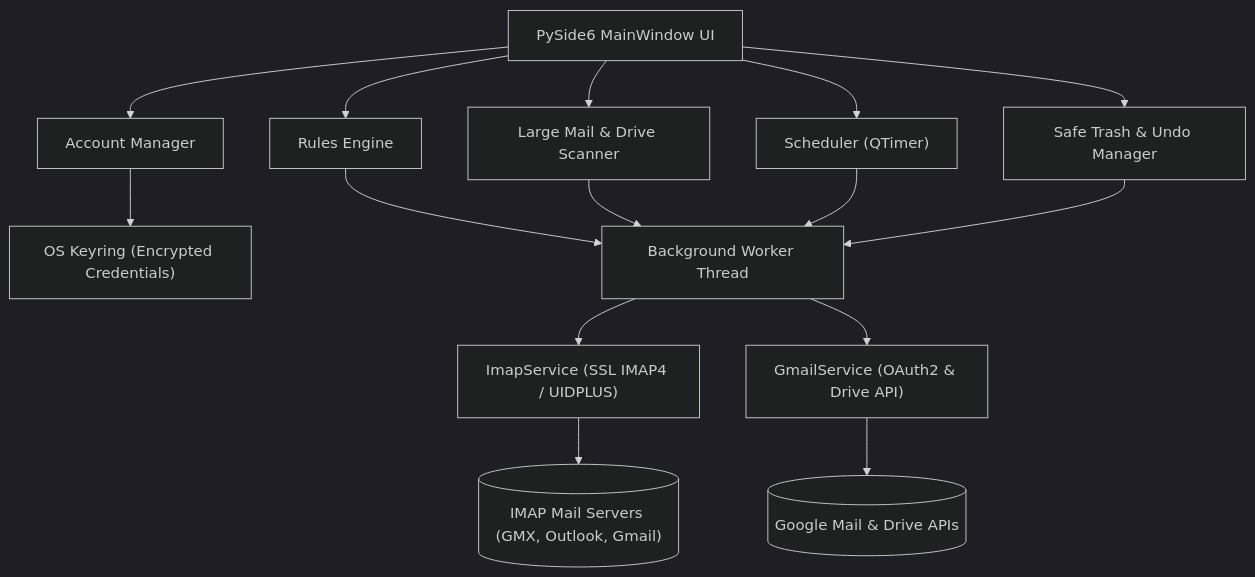
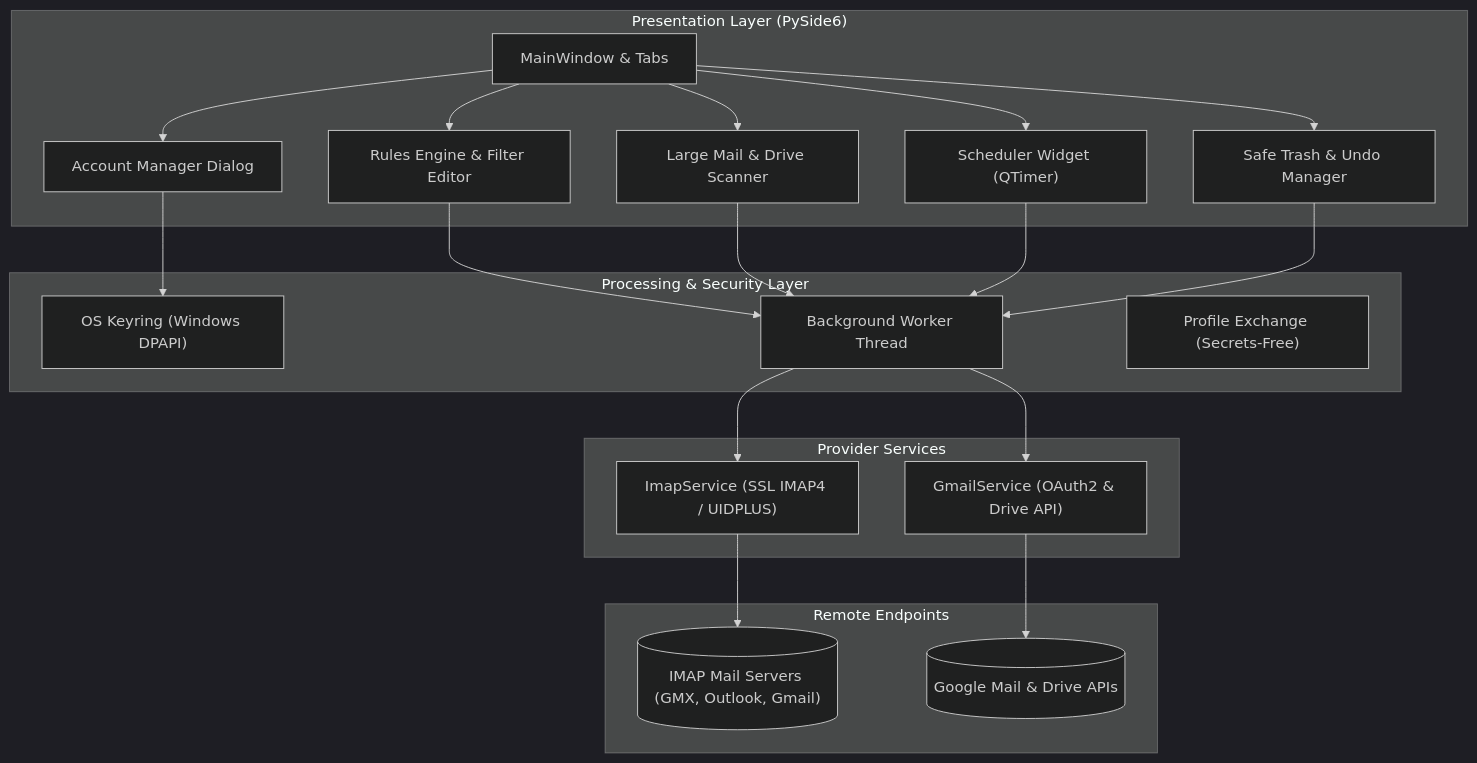
One commit to doc-bricks/UniversalMailCleaner changed the first of 2 diagrams in README.md. Above: the diagram before and after it, drawn with Mermaid (dark theme). The commit also changed other lines of this file and 8 other files, not shown here.

Commit message:
docs(marketing): Pfad B discoverability, dual Mermaid diagrams, 10 invariants, and contract testing (v1.2.0) [G 2026-09-12]

````diff
--- a/README.md
+++ b/README.md
@@ -32,20 +49,45 @@
 ```mermaid
-graph TD
-    UI["PySide6 MainWindow UI"] --> AC["Account Manager"]
-    UI --> RL["Rules Engine"]
-    UI --> LS["Large Mail & Drive Scanner"]
-    UI --> SC["Scheduler (QTimer)"]
-    UI --> ST["Safe Trash & Undo Manager"]
+flowchart TD
+    subgraph UI["Presentation Layer (PySide6)"]
+        MW["MainWindow & Tabs"]
+        AC["Account Manager Dialog"]
+        RL["Rules Engine & Filter Editor"]
+        LS["Large Mail & Drive Scanner"]
+        SC["Scheduler Widget (QTimer)"]
+        ST["Safe Trash & Undo Manager"]
+    end
 
-    AC --> KR["OS Keyring (Encrypted Credentials)"]
-    RL --> WK["Background Worker Thread"]
+    subgraph Core["Processing & Security Layer"]
+        KR["OS Keyring (Windows DPAPI)"]
+        WK["Background Worker Thread"]
+        PE["Profile Exchange (Secrets-Free)"]
+    end
+
+    subgraph Service["Provider Services"]
+        IMAP["ImapService (SSL IMAP4 / UIDPLUS)"]
+        GMAIL["GmailService (OAuth2 & Drive API)"]
+    end
+
+    subgraph Remote["Remote Endpoints"]
+        SRV[("IMAP Mail Servers (GMX, Outlook, Gmail)")]
+        GOOG[("Google Mail & Drive APIs")]
+    end
+
+    MW --> AC
+    MW --> RL
+    MW --> LS
+    MW --> SC
+    MW --> ST
+
+    AC --> KR
+    RL --> WK
     LS --> WK
     SC --> WK
     ST --> WK
 
-    WK --> IMAP["ImapService (SSL IMAP4 / UIDPLUS)"]
-    WK --> GMAIL["GmailService (OAuth2 & Drive API)"]
+    WK --> IMAP
+    WK --> GMAIL
 
-    IMAP --> SRV[("IMAP Mail Servers (GMX, Outlook, Gmail)")]
-    GMAIL --> GOOG[("Google Mail & Drive APIs")]
+    IMAP --> SRV
+    GMAIL --> GOOG
 ```
````
